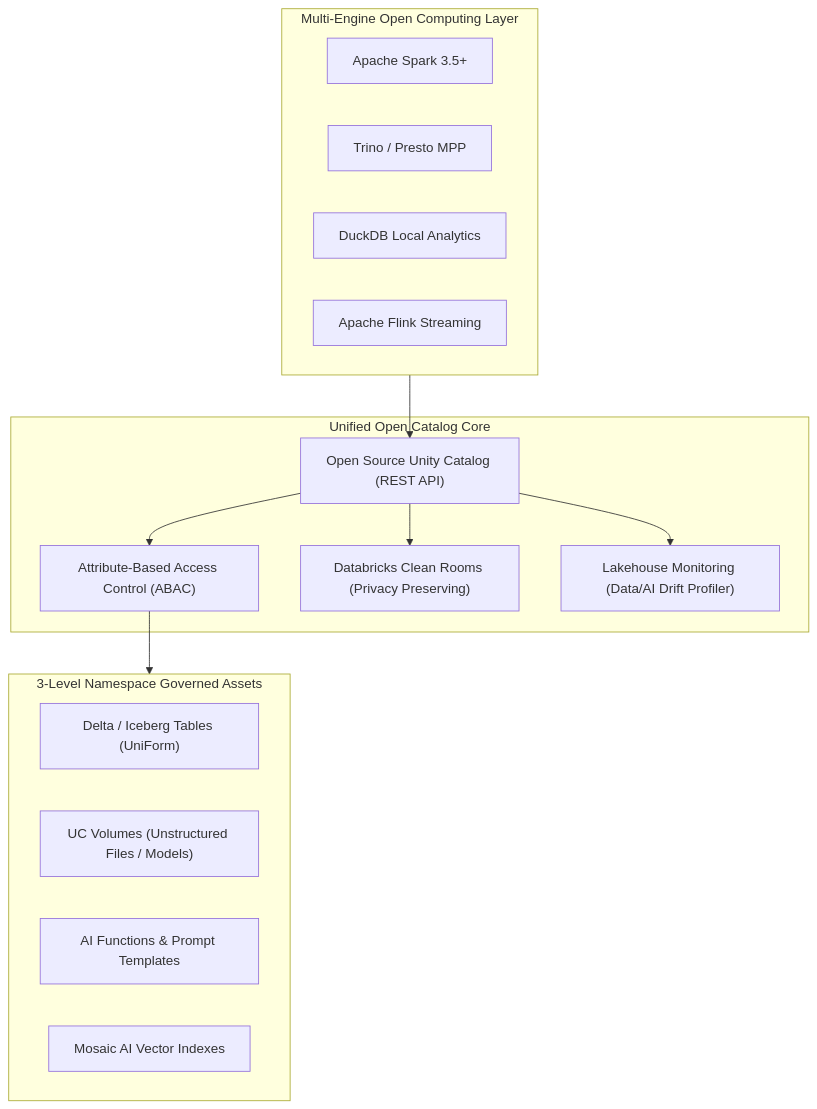
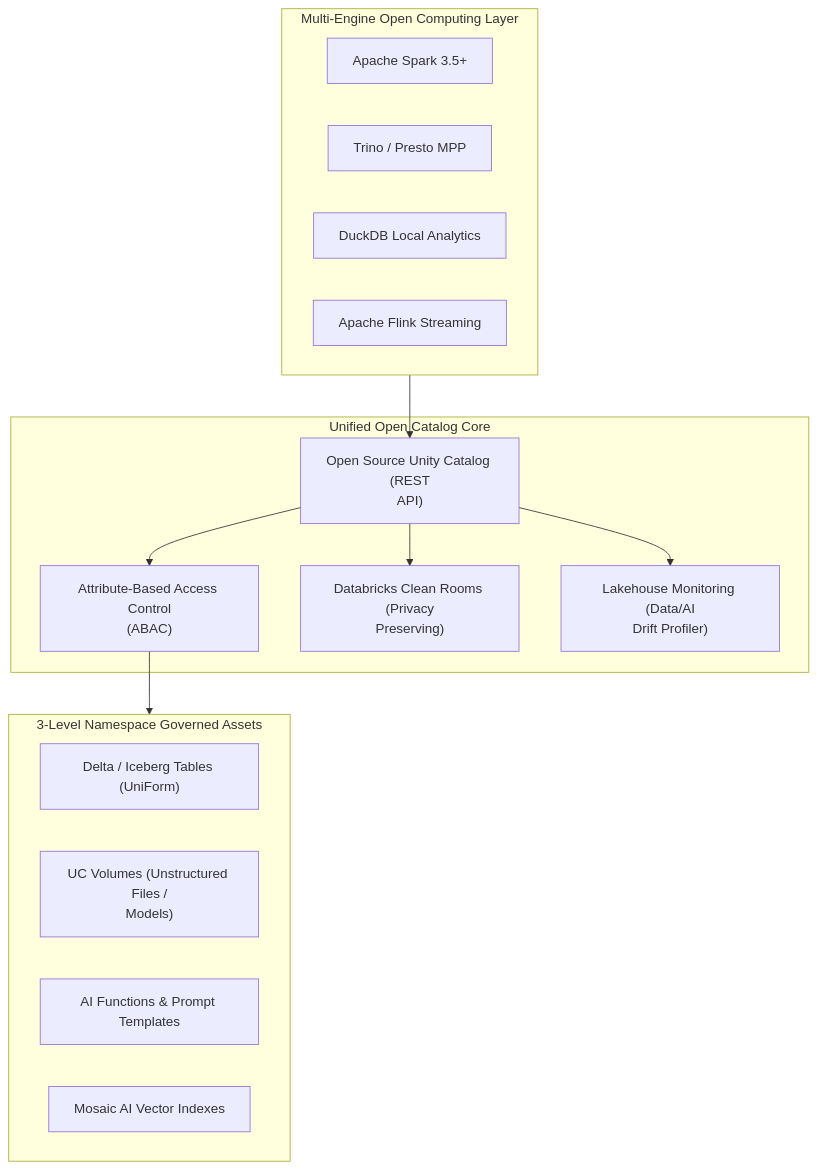
The third of 3 diagrams in architectures/02_unity_catalog_governance_and_lakehouse_federation.md (santoshjammi29/databricks-handbook), drawn with Mermaid before and after one commit. The commit also changed other lines of this file and 8 other files, not shown here.

Commit message:
fix(diagrams): word-wrap labels and escape comparison operators across all diagrams

````diff
--- a/architectures/02_unity_catalog_governance_and_lakehouse_federation.md
+++ b/architectures/02_unity_catalog_governance_and_lakehouse_federation.md
@@ -117,28 +117,28 @@
 ```mermaid
 flowchart TD
     subgraph MultiEngine["Multi-Engine Open Computing Layer"]
         Spark["Apache Spark 3.5+"]
         Trino["Trino / Presto MPP"]
         DuckDB["DuckDB Local Analytics"]
         Flink["Apache Flink Streaming"]
     end
 
     subgraph UCGovernance["Unified Open Catalog Core"]
-        Metastore["Open Source Unity Catalog (REST API)"]
-        ABAC["Attribute-Based Access Control (ABAC)"]
-        CleanRoom["Databricks Clean Rooms (Privacy Preserving)"]
-        Monitor["Lakehouse Monitoring (Data/AI Drift Profiler)"]
+        Metastore["Open Source Unity Catalog (REST<br/>API)"]
+        ABAC["Attribute-Based Access Control<br/>(ABAC)"]
+        CleanRoom["Databricks Clean Rooms (Privacy<br/>Preserving)"]
+        Monitor["Lakehouse Monitoring (Data/AI<br/>Drift Profiler)"]
     end
 
     subgraph DataAIAssets["3-Level Namespace Governed Assets"]
         Tables["Delta / Iceberg Tables (UniForm)"]
-        Volumes["UC Volumes (Unstructured Files / Models)"]
+        Volumes["UC Volumes (Unstructured Files /<br/>Models)"]
         Functions["AI Functions & Prompt Templates"]
         Vectors["Mosaic AI Vector Indexes"]
     end
 
     MultiEngine --> Metastore
     Metastore --> ABAC --> DataAIAssets
     Metastore --> CleanRoom
     Metastore --> Monitor
 ```
````
